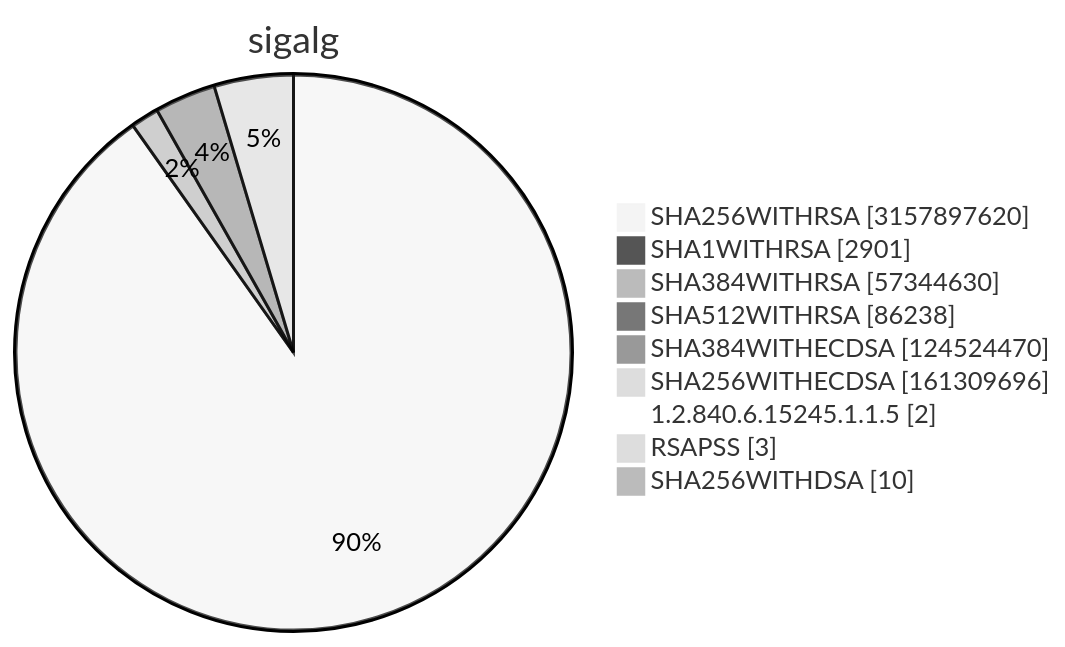
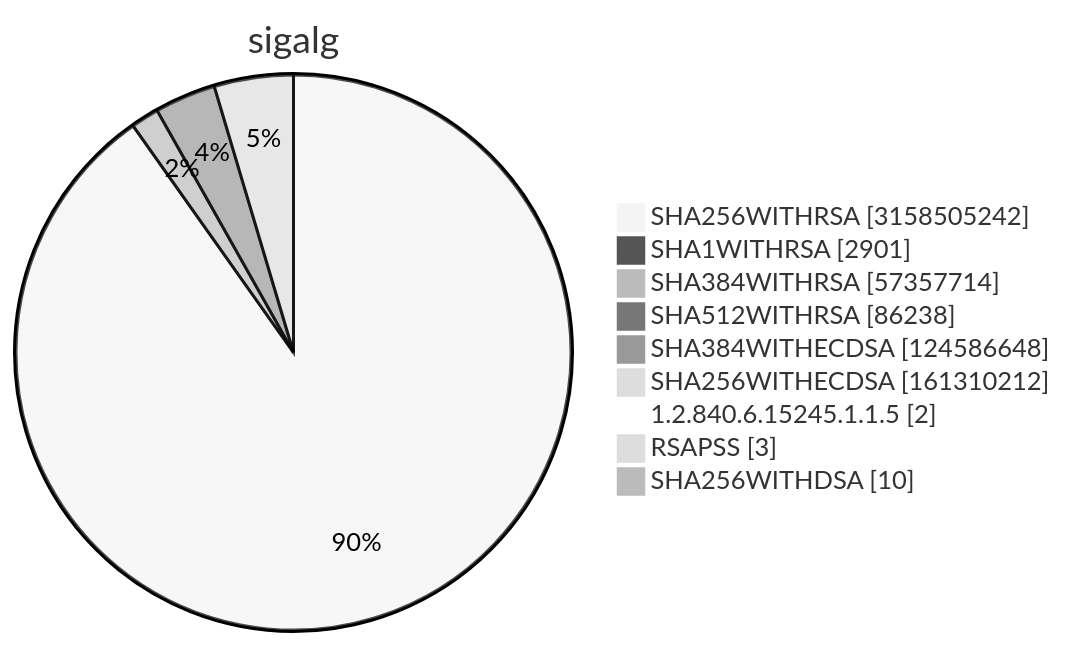
One commit to christiankrug/ctmonitor_visualization changed diagram 15 of 15 in TOTAL/README.md. Above: the diagram before and after it, drawn with Mermaid (neutral theme). The commit also changed other lines of this file, not shown here.

````diff
--- a/TOTAL/README.md
+++ b/TOTAL/README.md
@@ -6215,13 +6215,13 @@
 ```mermaid
 pie showData
 title sigalg
-"SHA256WITHRSA" :3157897620
+"SHA256WITHRSA" :3158505242
 "SHA1WITHRSA" :2901
-"SHA384WITHRSA" :57344630
+"SHA384WITHRSA" :57357714
 "SHA512WITHRSA" :86238
-"SHA384WITHECDSA" :124524470
-"SHA256WITHECDSA" :161309696
+"SHA384WITHECDSA" :124586648
+"SHA256WITHECDSA" :161310212
 "1.2.840.6.15245.1.1.5" :2
 "RSAPSS" :3
 "SHA256WITHDSA" :10
 ```
````
